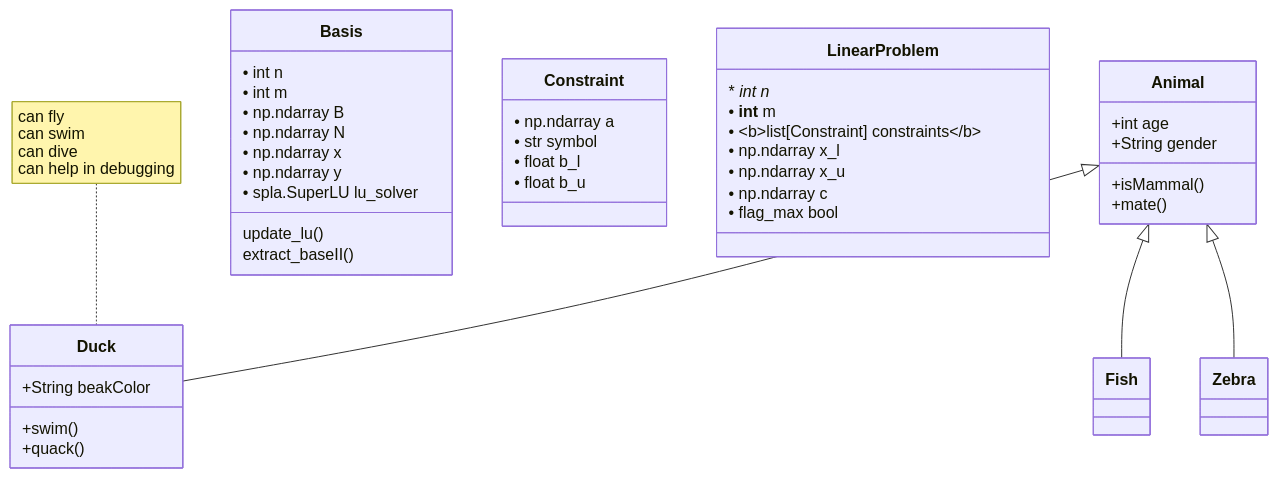
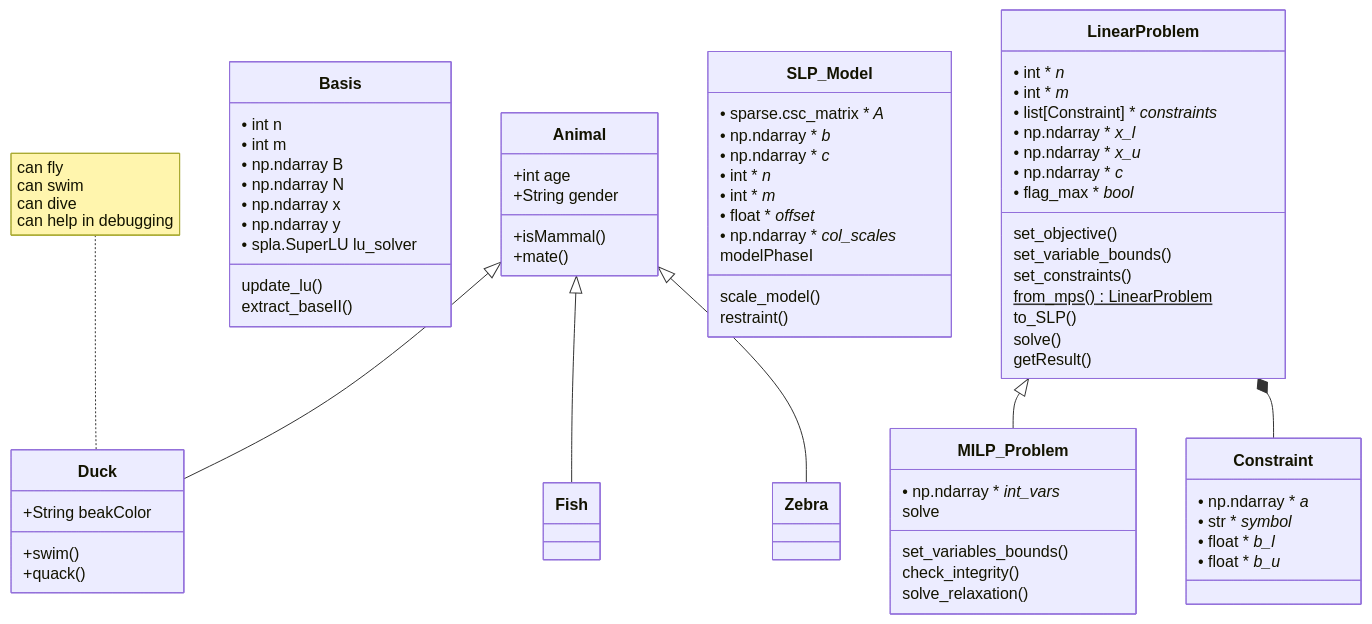
The second of 2 diagrams in README.md (JeanPousset/MILP_solver), drawn with Mermaid before and after one commit.

Commit message:
first UML version

````diff
--- a/README.md
+++ b/README.md
@@ -30,48 +30,82 @@
 ```mermaid
 ---
 config:
   htmlLabels: false
 ---
 classDiagram
     Animal <|-- Duck
     note for Duck "can fly<br>can swim<br>can dive<br>can help in debugging"
     Animal <|-- Fish
     Animal <|-- Zebra
     Animal : +int age
     Animal : +String gender
     Animal: +isMammal()
     Animal: +mate()
     class Duck{
         +String beakColor
         +swim()
         +quack()
     }
     class Basis{
         • int n
         • int m
         • np.ndarray B
         • np.ndarray N
         • np.ndarray x
         • np.ndarray y
         • spla.SuperLU lu_solver
         
         update_lu()
         extract_baseII()
     }
     class Constraint{
-        • np.ndarray a
-        • str symbol
-        • float b_l
-        • float b_u
+        • np.ndarray **a**
+        • str **symbol**
+        • float **b_l**
+        • float **b_u**
     }
     
     class LinearProblem{
-        **int n**
-        • **int** m 
-        • <b>list[Constraint] constraints</b>
-        • np.ndarray x_l
-        • np.ndarray x_u
-        • np.ndarray c
-        • flag_max bool
+        • int **n**
+        • int **m** 
+        • list[Constraint] **constraints**
+        • np.ndarray **x_l**
+        • np.ndarray **x_u**
+        • np.ndarray **c**
+        • flag_max **bool**
+        
+        set_objective()
+        set_variable_bounds()
+        set_constraints()
+        from_mps() LinearProblem$
+        to_SLP()
+        solve()
+        getResult()
     }
+    
+    class MILP_Problem{
+        • np.ndarray **int_vars**
+        set_variables_bounds()
+        check_integrity()
+        solve_relaxation()
+        solve
+    }
+    
+    class SLP_Model{
+        • sparse.csc_matrix **A**
+        • np.ndarray **b**
+        • np.ndarray **c**
+        • int **n**
+        • int **m**
+        • float **offset**
+        • np.ndarray **col_scales**
+        scale_model()
+        modelPhaseI
+        restraint()
+
+    }
+    
+    LinearProblem <|-- MILP_Problem
+    LinearProblem *-- Constraint
+    
 ```
````
